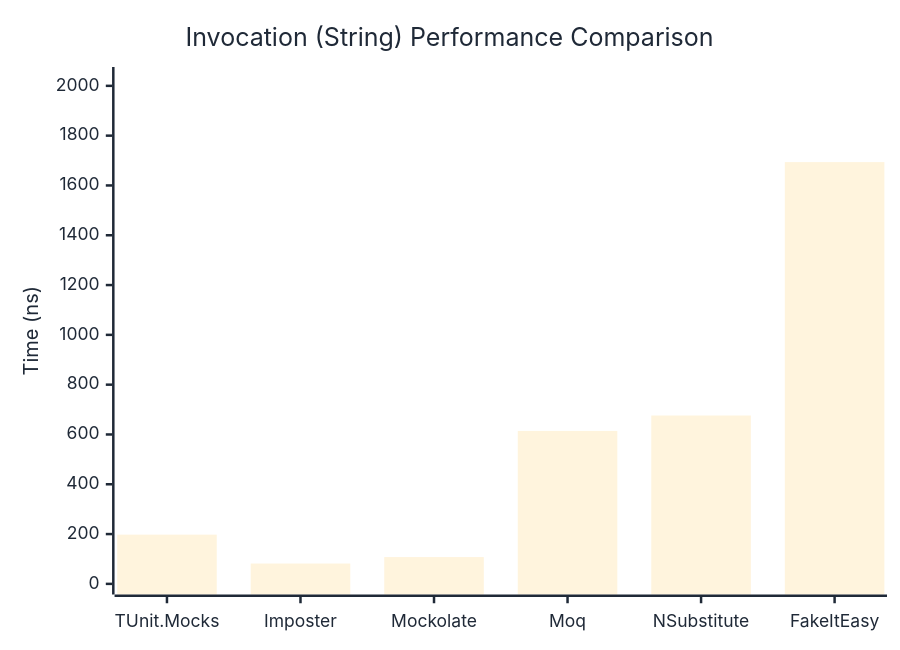
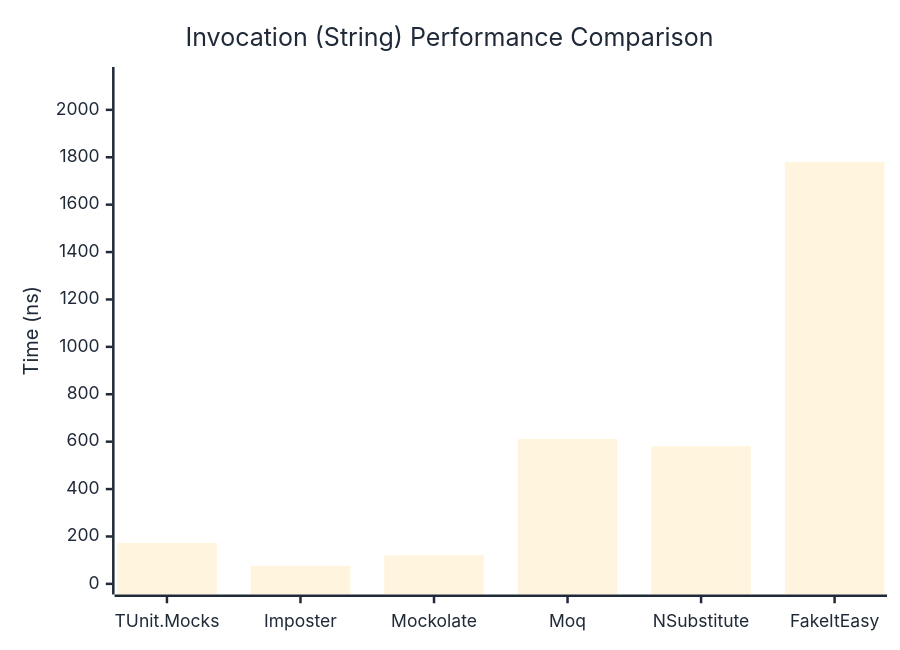
The second of 3 diagrams in docs/docs/benchmarks/mocks/Invocation.md (thomhurst/TUnit), drawn with Mermaid before and after one commit. The commit also changed other lines of this file and 14 other files, not shown here.

````diff
--- a/docs/docs/benchmarks/mocks/Invocation.md
+++ b/docs/docs/benchmarks/mocks/Invocation.md
@@ -71,27 +71,27 @@
 ```mermaid
 %%{init: {
   'theme':'base',
   'themeVariables': {
     'primaryColor': '#2563eb',
     'primaryTextColor': '#1f2937',
     'primaryBorderColor': '#1e40af',
     'lineColor': '#6b7280',
     'secondaryColor': '#7c3aed',
     'tertiaryColor': '#dc2626',
     'background': '#ffffff',
     'pie1': '#2563eb',
     'pie2': '#7c3aed',
     'pie3': '#dc2626',
     'pie4': '#f59e0b',
     'pie5': '#10b981',
     'pie6': '#06b6d4',
     'pie7': '#ec4899',
     'pie8': '#6366f1'
   }
 }}%%
 xychart-beta
   title "Invocation (String) Performance Comparison"
   x-axis ["TUnit.Mocks", "Imposter", "Mockolate", "Moq", "NSubstitute", "FakeItEasy"]
-  y-axis "Time (ns)" 0 --> 2033
-  bar [197.72, 81.72, 107.6, 614.21, 676.13, 1693.8]
+  y-axis "Time (ns)" 0 --> 2136
+  bar [172.93, 76.2, 120.23, 611.61, 580.59, 1779.42]
 ```
````
